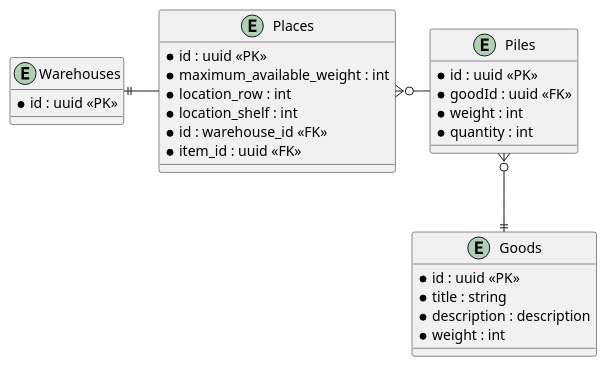
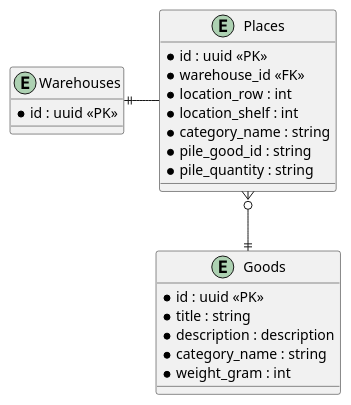
Before and after one commit to gerzhan/knigaexpert-system-design: the fourth of 5 diagrams in services/warehouse/README.md, drawn with PlantUML.

````diff
--- a/services/warehouse/README.md
+++ b/services/warehouse/README.md
@@ -147,32 +147,26 @@
 ```plantuml
 entity Warehouses {
   * id : uuid <<PK>>
 }
 
 entity Places {
   * id : uuid <<PK>>
-  * maximum_available_weight : int
+  * warehouse_id <<FK>>
   * location_row : int
   * location_shelf : int
-  * id : warehouse_id <<FK>>
-  * item_id : uuid <<FK>>
-}
-
-entity Piles {
-  * id : uuid <<PK>>
-  * goodId : uuid <<FK>>
-  * weight : int
-  * quantity : int
+  * category_name : string
+  * pile_good_id : string
+  * pile_quantity : string
 }
 
 entity Goods {
   * id : uuid <<PK>>
   * title : string
   * description : description
-  * weight : int
+  * category_name : string
+  * weight_gram : int
 }
 
 Warehouses ||-  Places
-Places }o- Piles
-Piles }o--|| Goods
+Places }o--|| Goods
 ```
````
